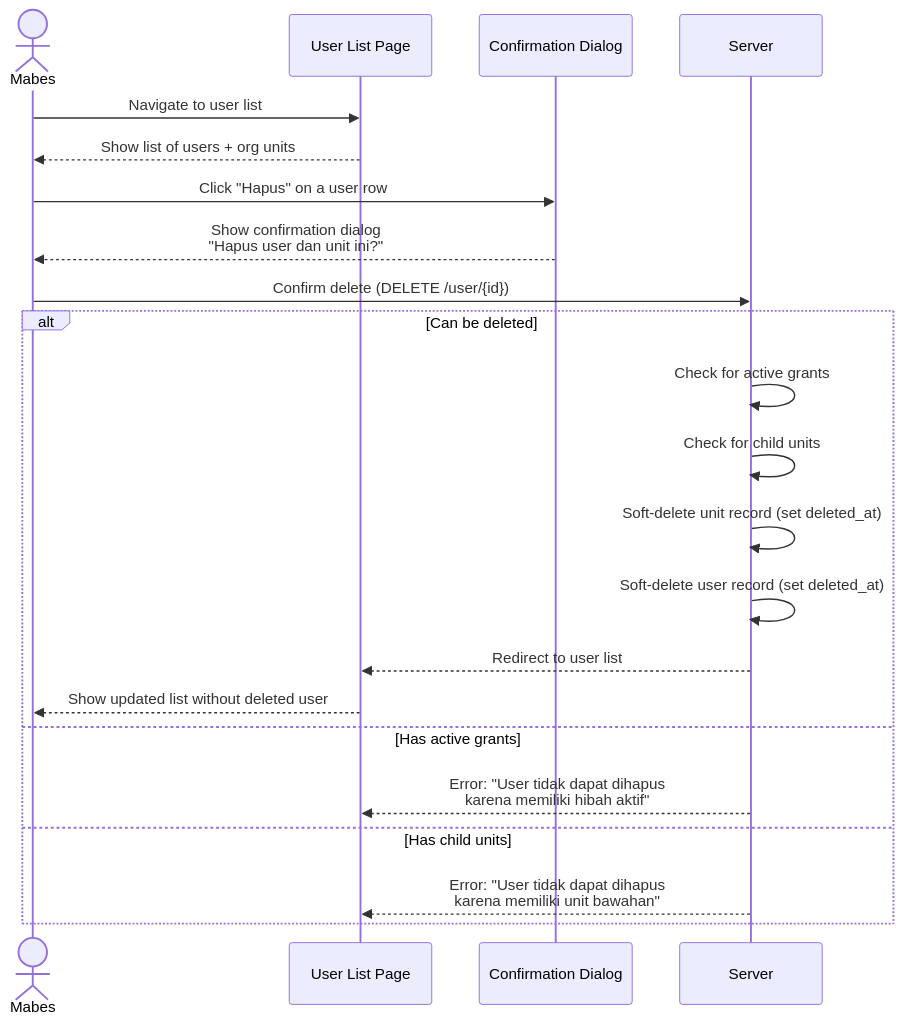
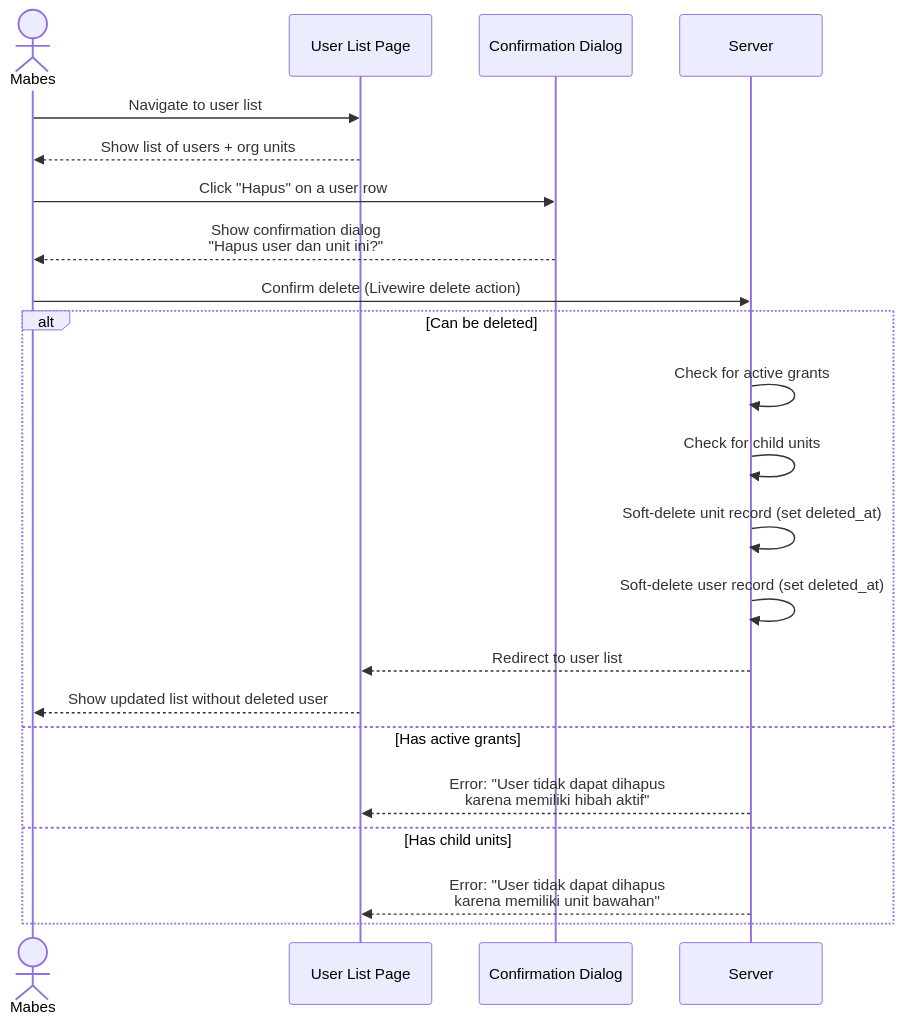
One commit to lamaccatech/e-hibah-polri changed the third of 4 diagrams in specs/features/user-management.md. Above: the diagram before and after it, drawn with Mermaid. The commit also changed other lines of this file and 7 other files, not shown here.

````diff
--- a/specs/features/user-management.md
+++ b/specs/features/user-management.md
@@ -135,26 +137,26 @@
 ```mermaid
 sequenceDiagram
     actor M as Mabes
     participant UI as User List Page
     participant D as Confirmation Dialog
     participant S as Server
 
     M->>UI: Navigate to user list
     UI-->>M: Show list of users + org units
     M->>D: Click "Hapus" on a user row
     D-->>M: Show confirmation dialog<br/>"Hapus user dan unit ini?"
-    M->>S: Confirm delete (DELETE /user/{id})
+    M->>S: Confirm delete (Livewire delete action)
 
     alt Can be deleted
         S->>S: Check for active grants
         S->>S: Check for child units
         S->>S: Soft-delete unit record (set deleted_at)
         S->>S: Soft-delete user record (set deleted_at)
         S-->>UI: Redirect to user list
         UI-->>M: Show updated list without deleted user
     else Has active grants
         S-->>UI: Error: "User tidak dapat dihapus<br/>karena memiliki hibah aktif"
     else Has child units
         S-->>UI: Error: "User tidak dapat dihapus<br/>karena memiliki unit bawahan"
     end
 ```
````
